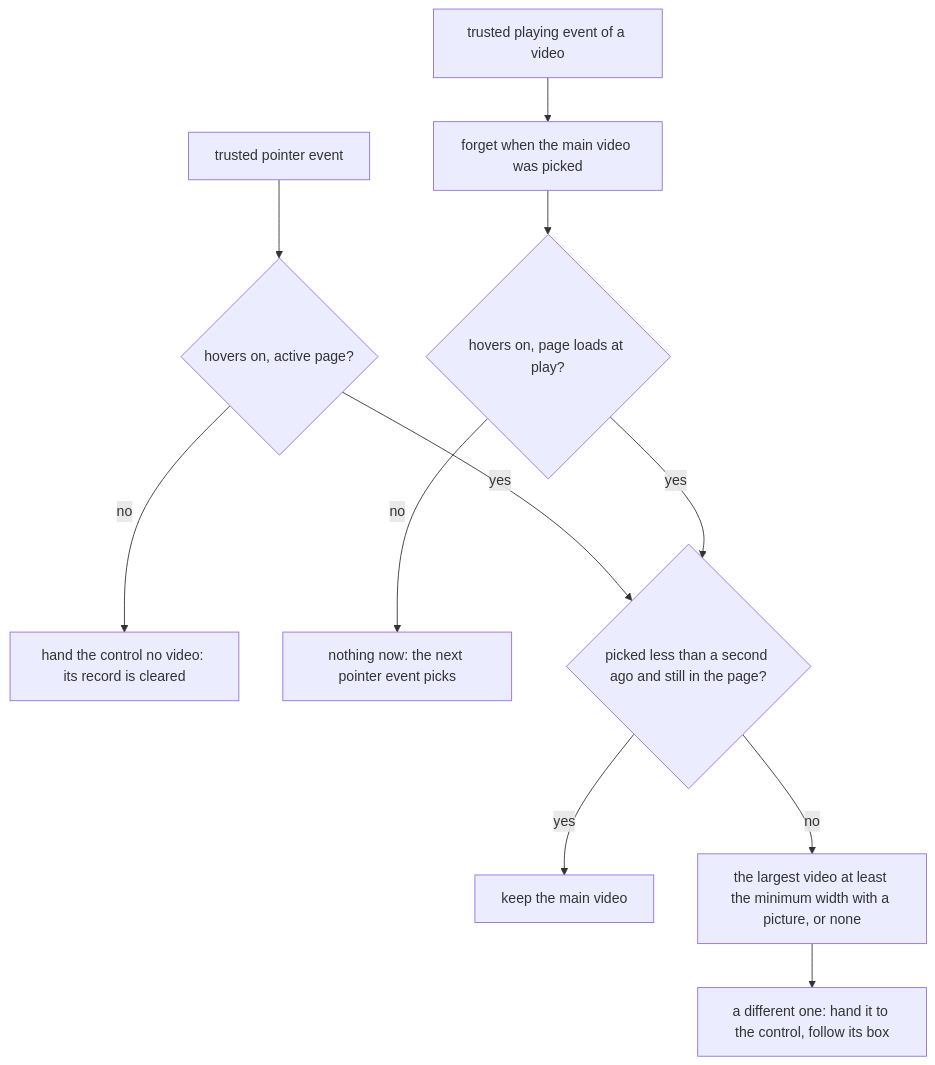
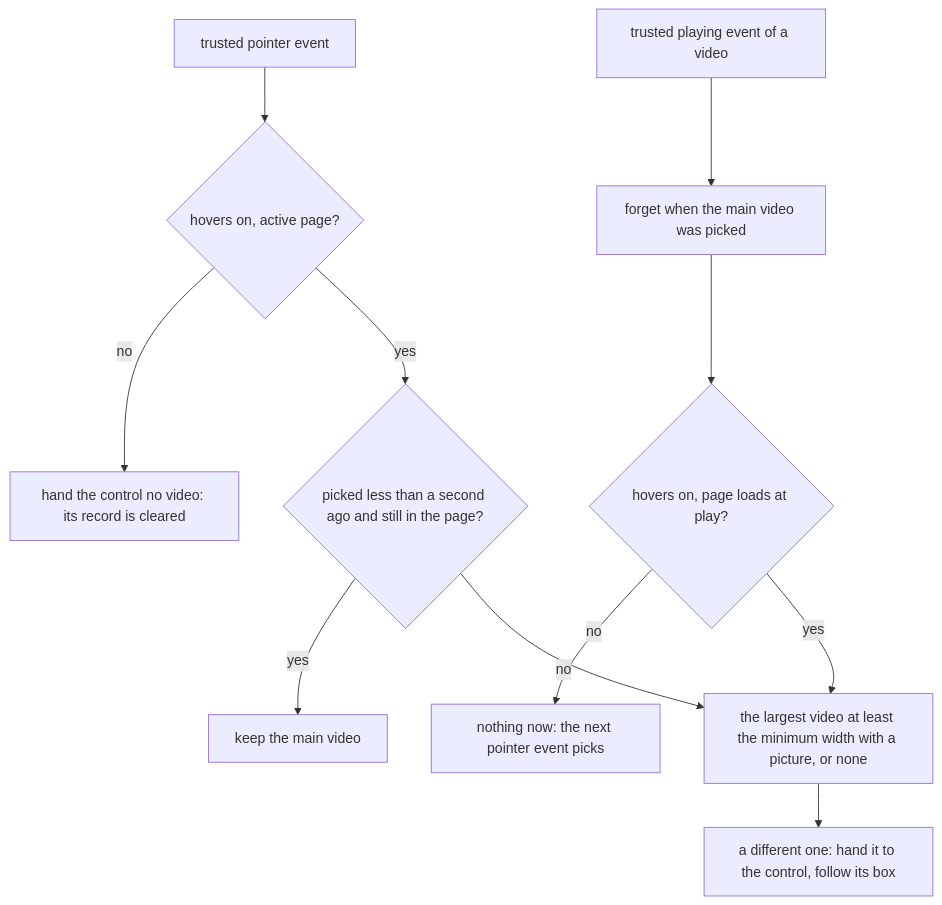
One commit to ryangswe/kenbunshoku changed the fourth of 14 diagrams in docs/hover-map.md. Above: the diagram before and after it, drawn with Mermaid. The commit also changed other lines of this file and 3 other files, not shown here.

````diff
--- a/docs/hover-map.md
+++ b/docs/hover-map.md
@@ -205,23 +205,23 @@
 ```mermaid
 flowchart TD
   PTR["trusted pointer event"]
   ON{"hovers on, active page?"}
   DETACH["hand the control no video: its record is cleared"]
   PLAY["trusted playing event of a video"]
   RESET["forget when the main video was picked"]
   LAP{"hovers on, page loads at play?"}
   LATER["nothing now: the next pointer event picks"]
   RECENT{"picked less than a second ago and still in the page?"}
   KEEP["keep the main video"]
   PICK["the largest video at least the minimum width with a picture, or none"]
   ATTACH["a different one: hand it to the control, follow its box"]
 
   PTR --> ON
   ON -->|no| DETACH
   ON -->|yes| RECENT
   PLAY --> RESET --> LAP
   LAP -->|no| LATER
-  LAP -->|yes| RECENT
+  LAP -->|yes| PICK
   RECENT -->|yes| KEEP
   RECENT -->|no| PICK --> ATTACH
 ```
````
